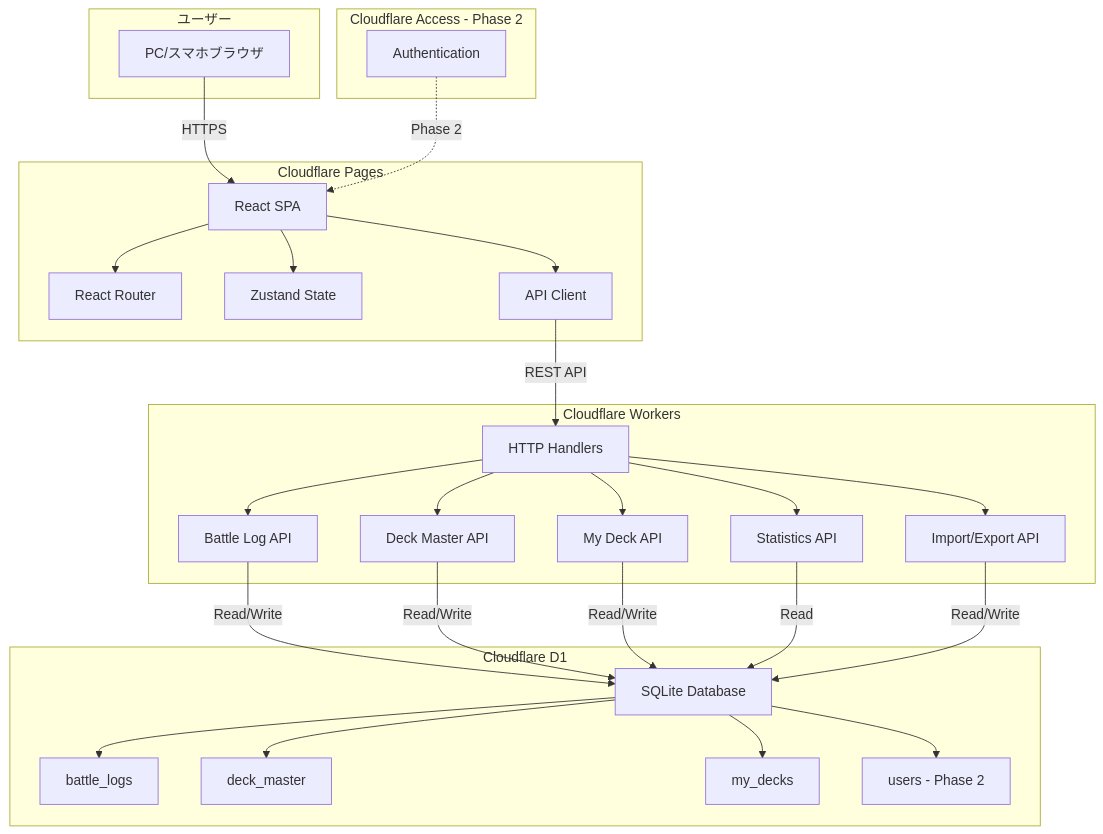
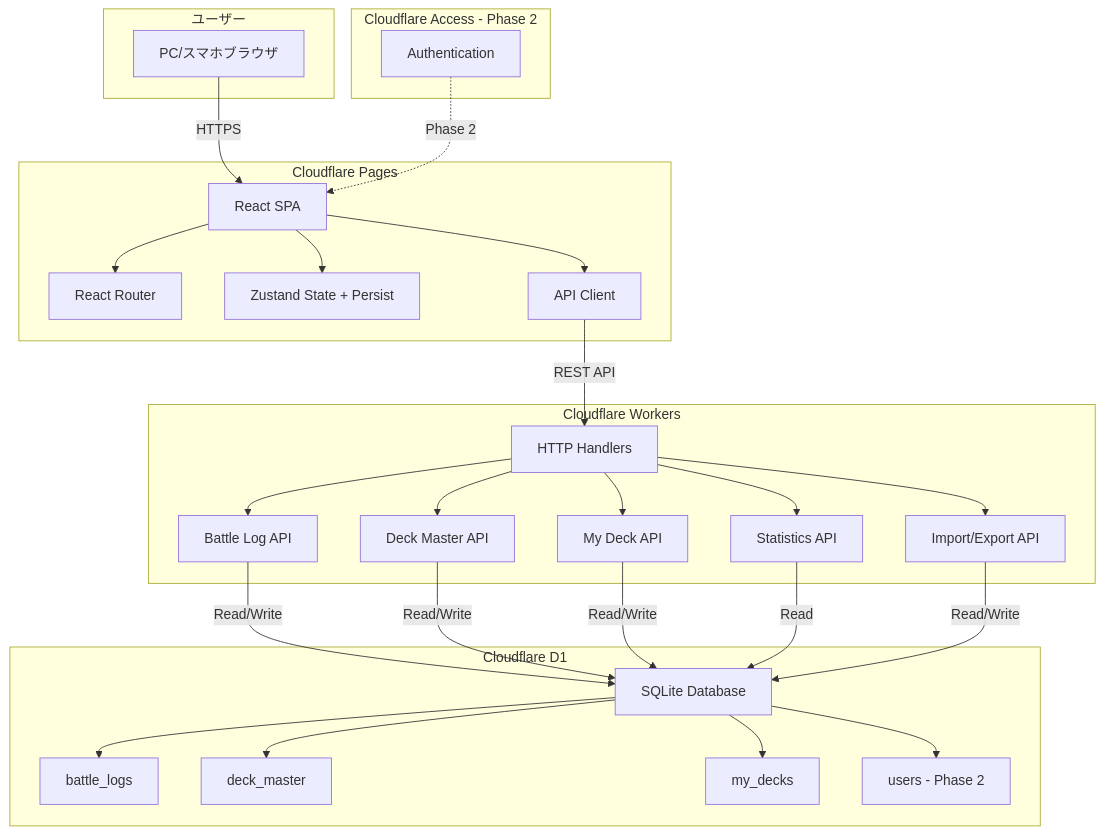
Before and after one commit to yaguma/shadowverse_log: the first of 4 diagrams in docs/design/shadowverse-battle-log/architecture-cloudflare.md, drawn with Mermaid. The commit also changed other lines of this file and 6 other files, not shown here.

````diff
--- a/docs/design/shadowverse-battle-log/architecture-cloudflare.md
+++ b/docs/design/shadowverse-battle-log/architecture-cloudflare.md
@@ -28,55 +28,55 @@
 ```mermaid
 graph TD
     subgraph "ユーザー"
         A[PC/スマホブラウザ]
     end
 
     subgraph "Cloudflare Pages"
         B[React SPA]
         B1[React Router]
-        B2[Zustand State]
+        B2[Zustand State + Persist]
         B3[API Client]
     end
 
     subgraph "Cloudflare Workers"
         C[HTTP Handlers]
         C1[Battle Log API]
         C2[Deck Master API]
         C3[My Deck API]
         C4[Statistics API]
         C5[Import/Export API]
     end
 
     subgraph "Cloudflare D1"
         D[SQLite Database]
         D1[battle_logs]
         D2[deck_master]
         D3[my_decks]
         D4[users - Phase 2]
     end
 
     subgraph "Cloudflare Access - Phase 2"
         F[Authentication]
     end
 
     A -->|HTTPS| B
     B --> B1
     B --> B2
     B --> B3
     B3 -->|REST API| C
     C --> C1
     C --> C2
     C --> C3
     C --> C4
     C --> C5
     C1 -->|Read/Write| D
     C2 -->|Read/Write| D
     C3 -->|Read/Write| D
     C4 -->|Read| D
     C5 -->|Read/Write| D
     D --> D1
     D --> D2
     D --> D3
     D --> D4
     F -.->|Phase 2| B
 ```
````
